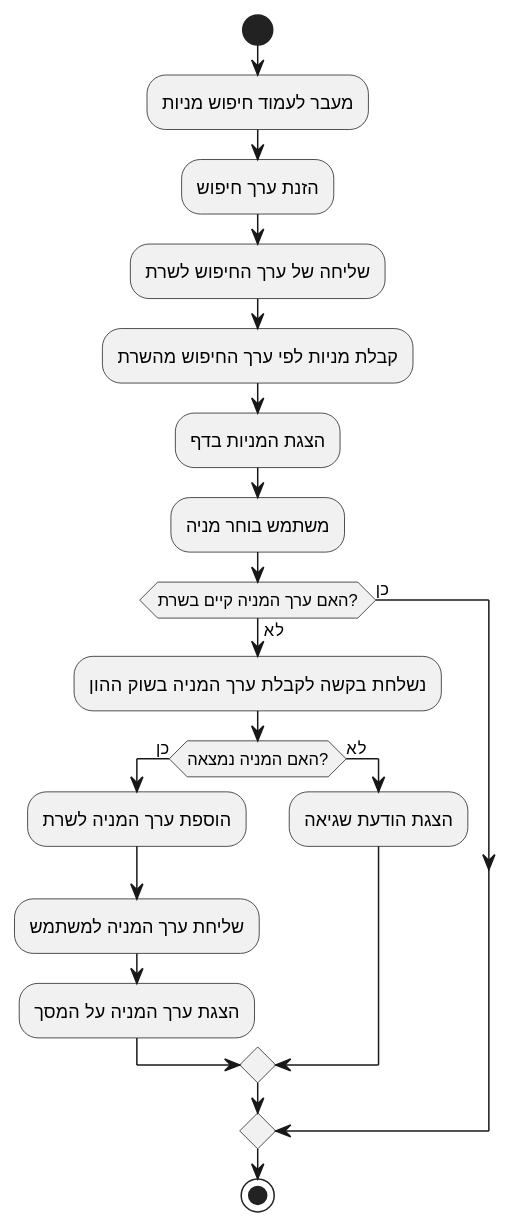
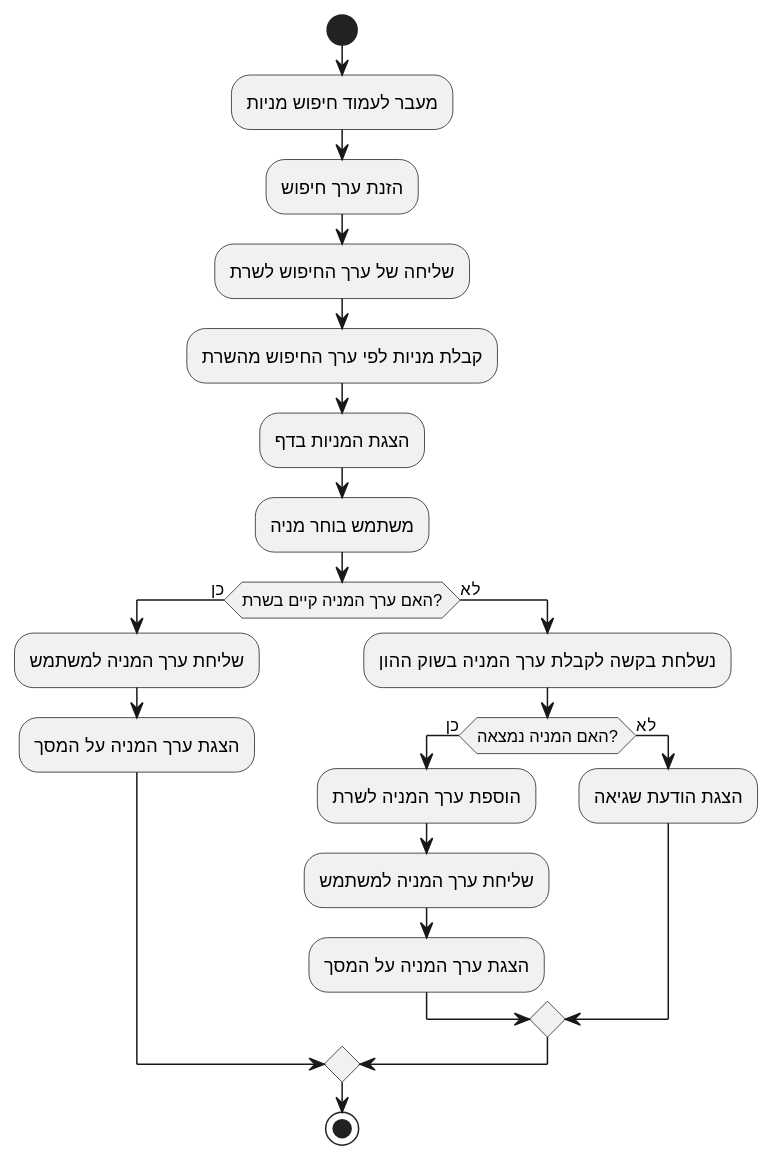
The diagram in oop course/draws/activity/stockSearch.puml (roei910/my-stocks), drawn with PlantUML before and after one commit. The commit also changed 4 other files, not shown here.

```diff
--- a/oop course/draws/activity/stockSearch.puml
+++ b/oop course/draws/activity/stockSearch.puml
@@ -1,26 +1,28 @@
 @startuml
 start
 
 :מעבר לעמוד חיפוש מניות;
 :הזנת ערך חיפוש;
 
 :שליחה של ערך החיפוש לשרת;
 :קבלת מניות לפי ערך החיפוש מהשרת;
 
 :הצגת המניות בדף;
 :משתמש בוחר מניה;
 
 if (האם ערך המניה קיים בשרת?) then (כן)
+    :שליחת ערך המניה למשתמש;
+    :הצגת ערך המניה על המסך;
 else (לא)
     :נשלחת בקשה לקבלת ערך המניה בשוק ההון;
     if (האם המניה נמצאה?) then (כן)
         :הוספת ערך המניה לשרת;
         :שליחת ערך המניה למשתמש;
         :הצגת ערך המניה על המסך;
     else (לא)
         :הצגת הודעת שגיאה;
     endif
 endif
 
 stop
 @enduml
```
